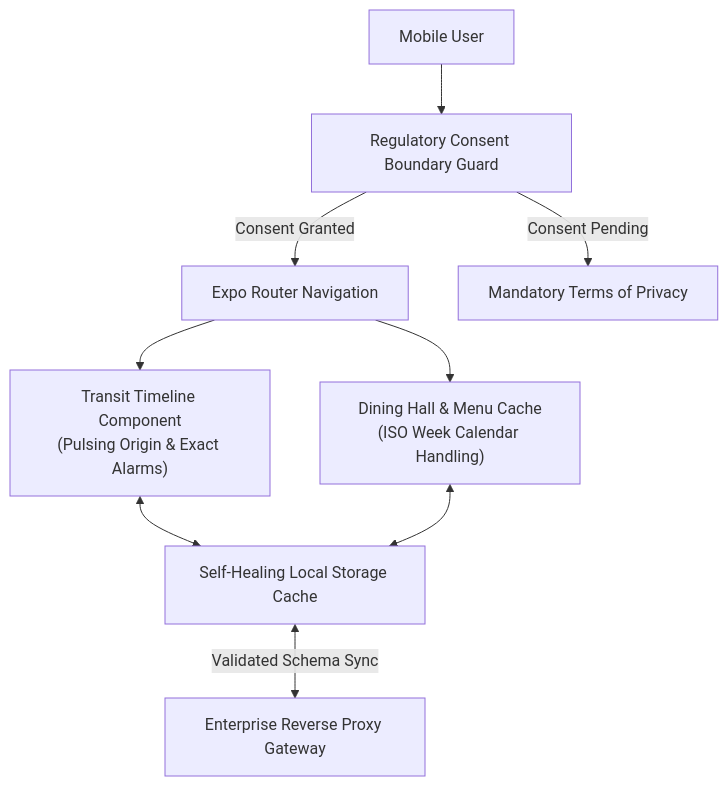
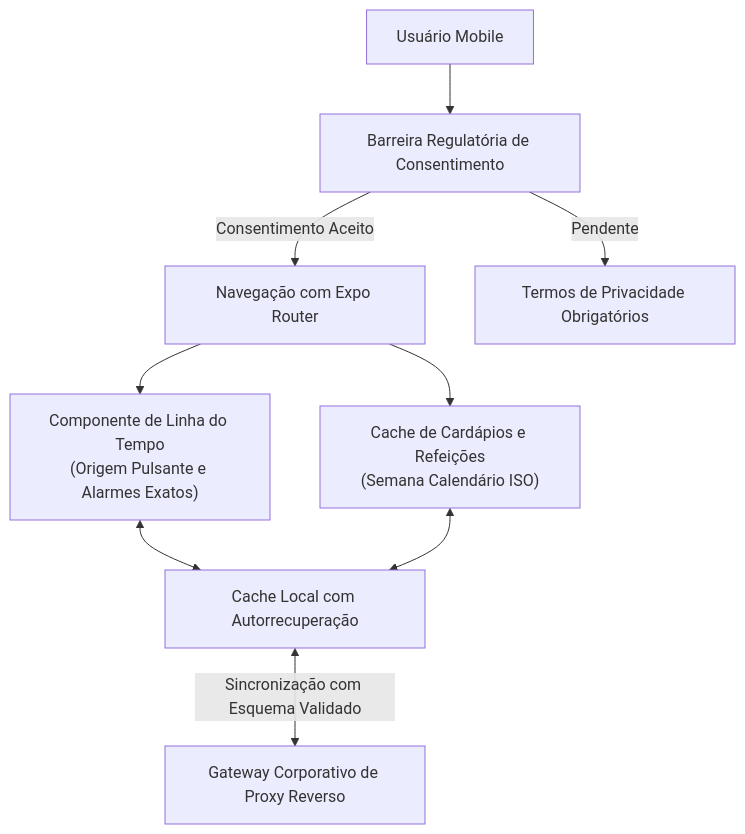
The first of 2 diagrams in mobile-engineering/campus-mobility-transit-app/README.md (Fcsscoder/case-studies), drawn with Mermaid before and after one commit. The commit also changed other lines of this file and 21 other files, not shown here.

````diff
--- a/mobile-engineering/campus-mobility-transit-app/README.md
+++ b/mobile-engineering/campus-mobility-transit-app/README.md
@@ -9,19 +9,19 @@
 ```mermaid
 graph TD
-    User["Mobile User"]
-    Consent["Regulatory Consent Boundary Guard"]
-    Router["Expo Router Navigation"]
-    Transit["Transit Timeline Component<br/>(Pulsing Origin & Exact Alarms)"]
-    Dining["Dining Hall & Menu Cache<br/>(ISO Week Calendar Handling)"]
-    Offline["Self-Healing Local Storage Cache"]
-    Gateway["Enterprise Reverse Proxy Gateway"]
+    User["Usuário Mobile"]
+    Consent["Barreira Regulatória de Consentimento"]
+    Router["Navegação com Expo Router"]
+    Transit["Componente de Linha do Tempo<br/>(Origem Pulsante e Alarmes Exatos)"]
+    Dining["Cache de Cardápios e Refeições<br/>(Semana Calendário ISO)"]
+    Offline["Cache Local com Autorrecuperação"]
+    Gateway["Gateway Corporativo de Proxy Reverso"]
 
     User --> Consent
-    Consent -->|Consent Granted| Router
-    Consent -->|Consent Pending| TermsScreen["Mandatory Terms of Privacy"]
+    Consent -->|Consentimento Aceito| Router
+    Consent -->|Pendente| TermsScreen["Termos de Privacidade Obrigatórios"]
     Router --> Transit
     Router --> Dining
     Transit <--> Offline
     Dining <--> Offline
-    Offline <-->|Validated Schema Sync| Gateway
+    Offline <-->|Sincronização com Esquema Validado| Gateway
 ```
````
